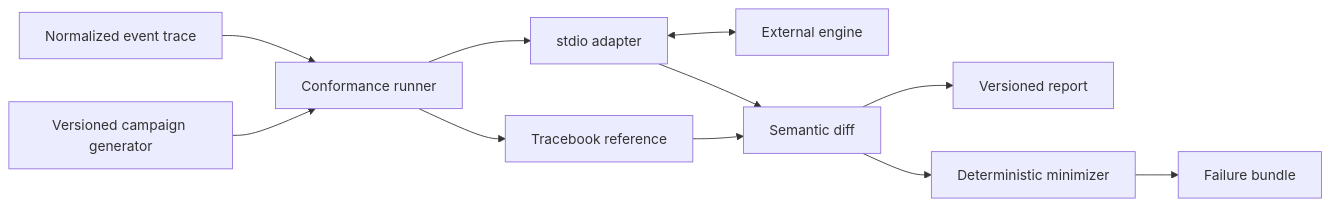
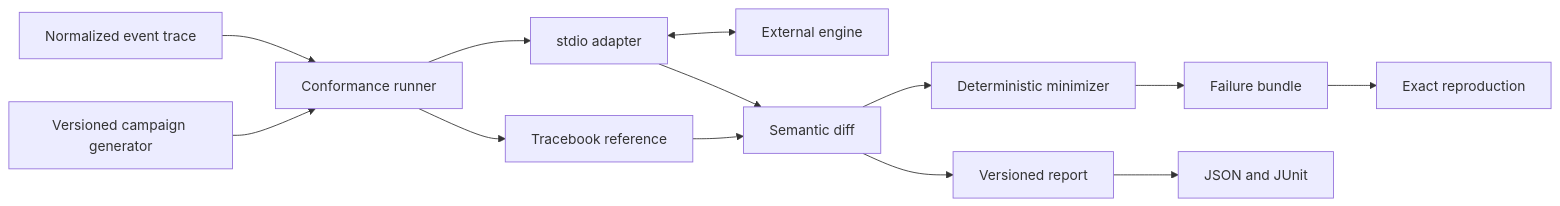
One commit to Taz33m/tracebook changed the diagram in README.md. Above: the diagram before and after it, drawn with Mermaid. The commit also changed other lines of this file and 36 other files, not shown here.

````diff
--- a/README.md
+++ b/README.md
@@ -280,13 +326,15 @@
 ```mermaid
 flowchart LR
     G["Versioned campaign generator"] --> R["Conformance runner"]
     T["Normalized event trace"] --> R
     R --> O["Tracebook reference"]
     R --> A["stdio adapter"]
     A <--> E["External engine"]
     O --> D["Semantic diff"]
     A --> D
     D --> P["Versioned report"]
     D --> M["Deterministic minimizer"]
     M --> B["Failure bundle"]
+    B --> X["Exact reproduction"]
+    P --> J["JSON and JUnit"]
 ```
````
